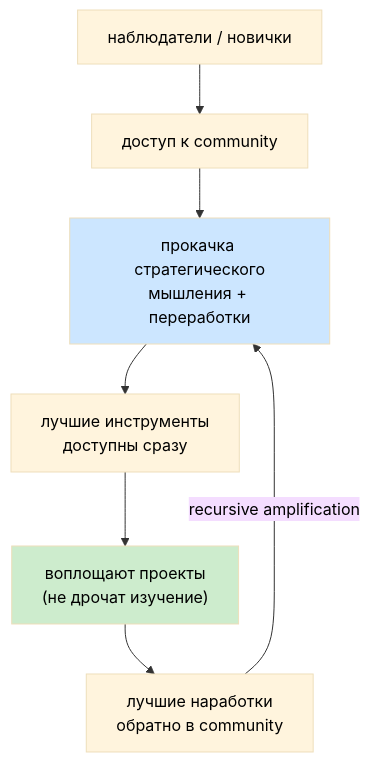
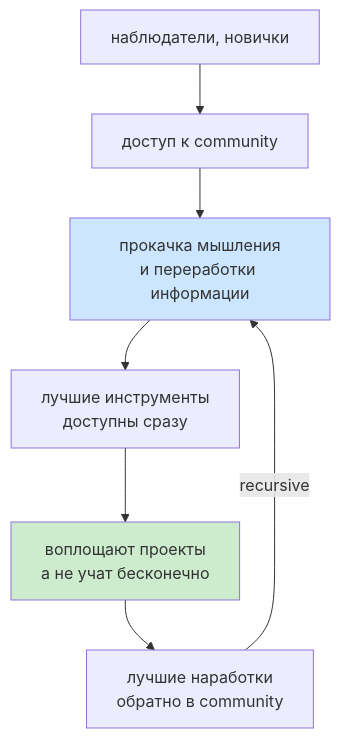
One commit to Bogersebekov/jetix-os changed the fourth of 5 diagrams in decisions/strategic/CALL-PLAN-DMITRIY-KAISER-2026-05-25.md. Above: the diagram before and after it, drawn with Mermaid. The commit also changed other lines of this file, not shown here.

Commit message:
[call-plan] Dmitriy Kaiser 25.05 — fix mermaid (drop init directive/emoji/unicode; validated 5/5 with mermaid v11)

````diff
--- a/decisions/strategic/CALL-PLAN-DMITRIY-KAISER-2026-05-25.md
+++ b/decisions/strategic/CALL-PLAN-DMITRIY-KAISER-2026-05-25.md
@@ -217,12 +214,11 @@
 ```mermaid
-%%{init: {'theme':'base', 'themeVariables': {'primaryTextColor':'#000','textColor':'#000','lineColor':'#333'}}}%%
 graph TD
-    L["наблюдатели / новички"] --> ACC["доступ к community"]
-    ACC --> TH["прокачка стратегического<br/>мышления + переработки"]
+    L["наблюдатели, новички"] --> ACC["доступ к community"]
+    ACC --> TH["прокачка мышления<br/>и переработки информации"]
     TH --> TOOLS["лучшие инструменты<br/>доступны сразу"]
-    TOOLS --> PROJ["воплощают проекты<br/>(не дрочат изучение)"]
+    TOOLS --> PROJ["воплощают проекты<br/>а не учат бесконечно"]
     PROJ --> BACK["лучшие наработки<br/>обратно в community"]
-    BACK -->|recursive amplification| TH
-    style TH fill:#cce6ff,color:#000
-    style PROJ fill:#cdeccd,color:#000
+    BACK -->|recursive| TH
+    style TH fill:#cce6ff
+    style PROJ fill:#cdeccd
 ```
````
